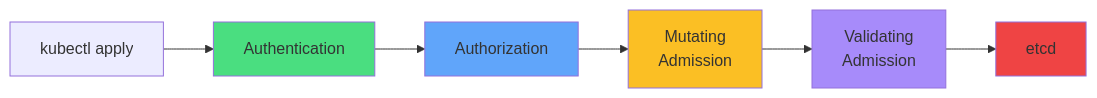
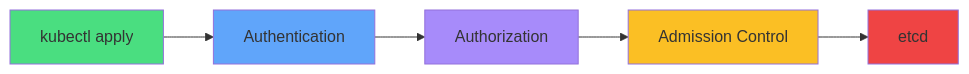
Before and after one commit to courselabs/kubernetes: the first of 8 diagrams in slides/admission/slides.md, drawn with Mermaid. The commit also changed other lines of this file and 7 other files, not shown here.

````diff
--- a/slides/admission/slides.md
+++ b/slides/admission/slides.md
@@ -23,13 +27,12 @@
 ```mermaid
 graph LR
-    K[kubectl apply] --> A[Authentication]
-    A --> Z[Authorization]
-    Z --> M[Mutating<br/>Admission]
-    M --> V[Validating<br/>Admission]
-    V --> E[etcd]
-    style A fill:#4ade80
-    style Z fill:#60a5fa
-    style M fill:#fbbf24
-    style V fill:#a78bfa
+    K[kubectl apply] --> Auth[Authentication]
+    Auth --> Authz[Authorization]
+    Authz --> AC[Admission Control]
+    AC --> E[etcd]
+    style K fill:#4ade80
+    style Auth fill:#60a5fa
+    style Authz fill:#a78bfa
+    style AC fill:#fbbf24
     style E fill:#ef4444
 ```
````
